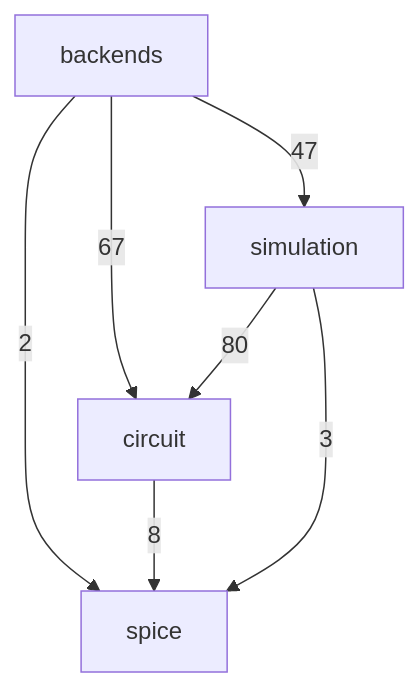
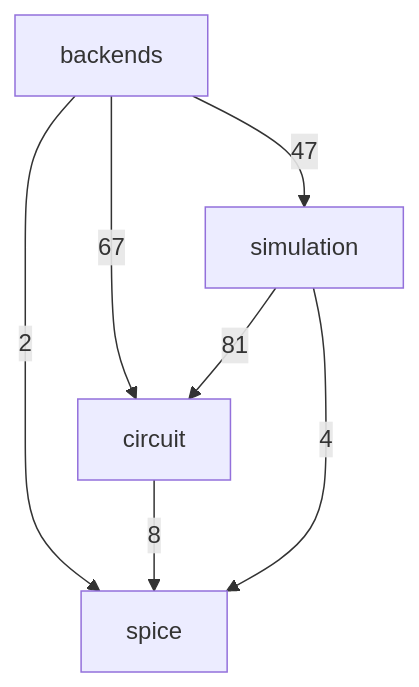
The second of 3 diagrams in docs/architecture.md (ronnymilleo/imcsim), drawn with Mermaid before and after one commit. The commit also changed other lines of this file and 6 other files, not shown here.

````diff
--- a/docs/architecture.md
+++ b/docs/architecture.md
@@ -33,13 +33,13 @@
 ```mermaid
 flowchart TD
     app_core_spice[spice]
     app_core_circuit[circuit]
     app_core_simulation[simulation]
     app_core_backends[backends]
     app_core_backends -->|67| app_core_circuit
     app_core_backends -->|47| app_core_simulation
     app_core_backends -->|2| app_core_spice
     app_core_circuit -->|8| app_core_spice
-    app_core_simulation -->|80| app_core_circuit
-    app_core_simulation -->|3| app_core_spice
+    app_core_simulation -->|81| app_core_circuit
+    app_core_simulation -->|4| app_core_spice
 ```
````
